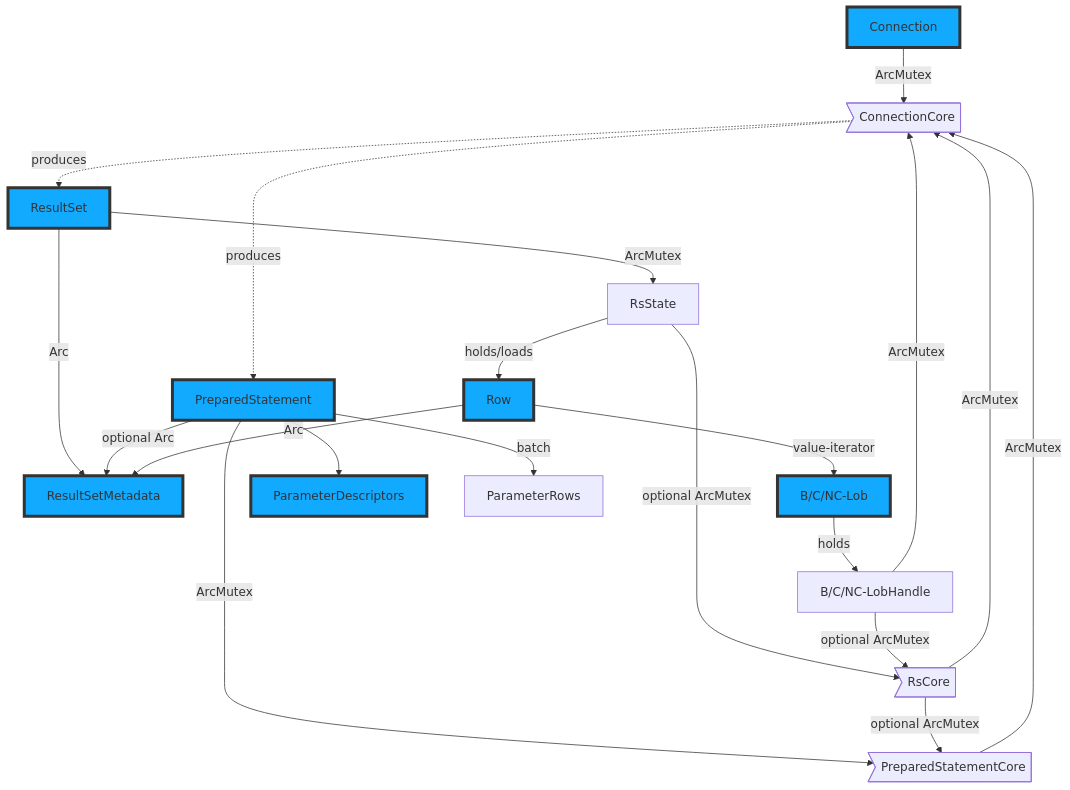
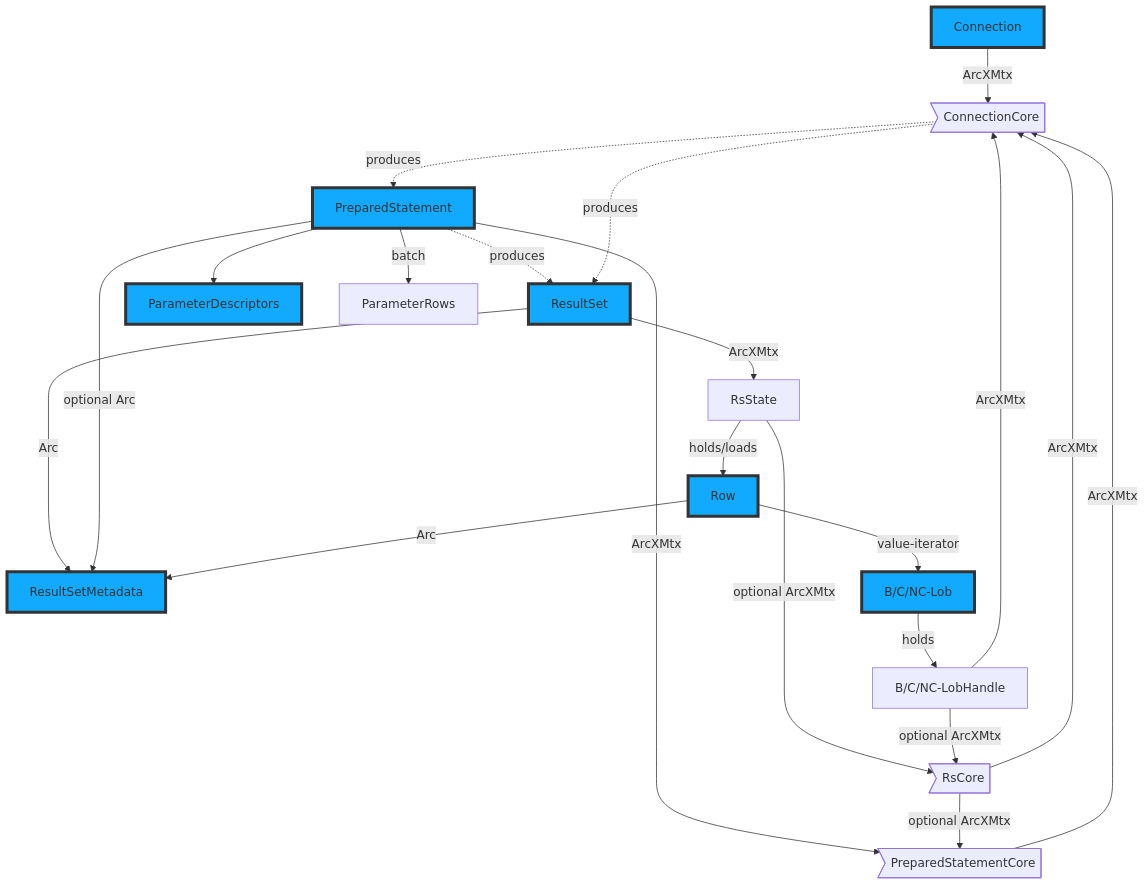
One commit to emabee/rust-hdbconnect changed the first of 2 diagrams in doc/References.md. Above: the diagram before and after it, drawn with Mermaid. The commit also changed other lines of this file and 15 other files, not shown here.

````diff
--- a/doc/References.md
+++ b/doc/References.md
@@ -3,45 +3,46 @@
 ```mermaid
 
     flowchart
 
         Connection
         ConnectionCore>ConnectionCore]
 
         PreparedStatement
 
         ResultSet
         ResultSetMetadata
         RsState[RsState]
         Row
         Lob[B/C/NC-Lob]
         RsCore>RsCore]
 
         LobHandle[B/C/NC-LobHandle]
 
             ParameterDescriptors
             ParameterRows
             PreparedStatementCore>PreparedStatementCore]
 
-    PreparedStatementCore -- ArcMutex --> ConnectionCore
-    Connection -- ArcMutex --> ConnectionCore
+    PreparedStatement  -. produces .->  ResultSet
+    PreparedStatementCore -- ArcXMtx --> ConnectionCore
+    Connection -- ArcXMtx --> ConnectionCore
     ConnectionCore -. produces .->  PreparedStatement
     ConnectionCore -. produces .->  ResultSet
-    ResultSet -- ArcMutex --> RsState
+    ResultSet -- ArcXMtx --> RsState
     ResultSet -- Arc --> ResultSetMetadata
-    PreparedStatement -- ArcMutex --> PreparedStatementCore
+    PreparedStatement -- ArcXMtx --> PreparedStatementCore
     PreparedStatement -- optional Arc --> ResultSetMetadata
     PreparedStatement --> ParameterDescriptors
     PreparedStatement -- batch--> ParameterRows
     Row -- Arc --> ResultSetMetadata
     RsState -- holds/loads --> Row
-    RsState -- optional ArcMutex --> RsCore
-    RsCore -- ArcMutex --> ConnectionCore
-    RsCore -- optional ArcMutex --> PreparedStatementCore
+    RsState -- optional ArcXMtx --> RsCore
+    RsCore -- ArcXMtx --> ConnectionCore
+    RsCore -- optional ArcXMtx --> PreparedStatementCore
     Row -- value-iterator --> Lob
     Lob -- holds --> LobHandle
-    LobHandle -- ArcMutex --> ConnectionCore
-    LobHandle -- optional ArcMutex --> RsCore
+    LobHandle -- ArcXMtx --> ConnectionCore
+    LobHandle -- optional ArcXMtx --> RsCore
 
 classDef Public fill:#1af,stroke:#333,stroke-width:4px;
 class Connection,ResultSet,Row,ResultSetMetadata,PreparedStatement,ParameterDescriptors,Lob Public;
 ```
````
